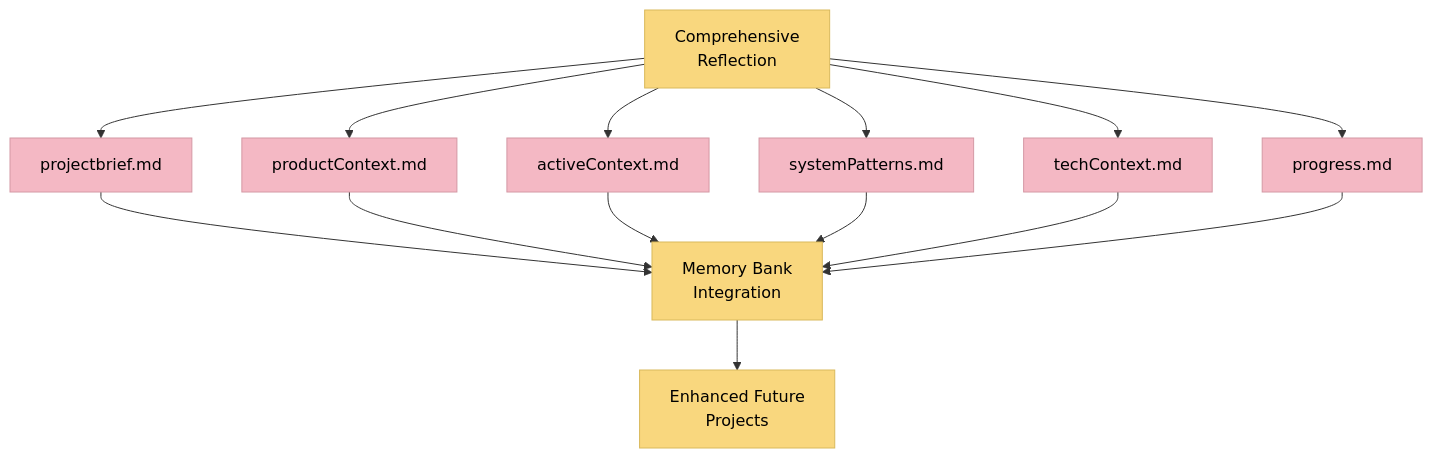
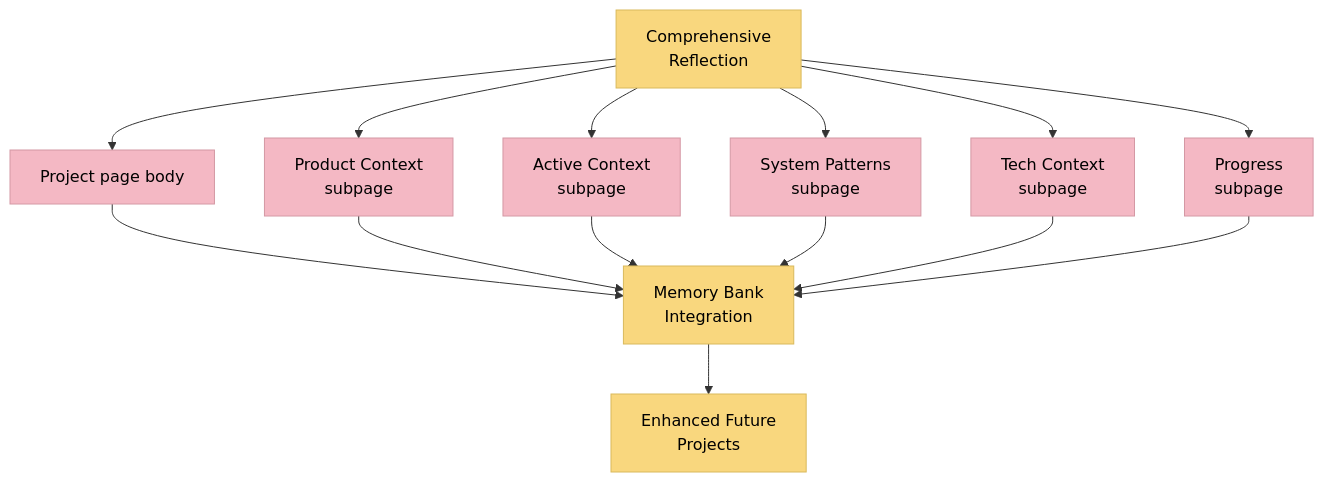
One commit to xianzhu21/cursor-memory-notion changed the eighth of 8 diagrams in .cursor/rules/isolation_rules/Level4/reflection-comprehensive.mdc. Above: the diagram before and after it, drawn with Mermaid. The commit also changed other lines of this file and 37 other files, not shown here.

````diff
--- a/.cursor/rules/isolation_rules/Level4/reflection-comprehensive.mdc
+++ b/.cursor/rules/isolation_rules/Level4/reflection-comprehensive.mdc
@@ -574,18 +574,18 @@
 ```mermaid
 flowchart TD
     classDef memfile fill:#f4b8c4,stroke:#d498a4,color:#000
     classDef process fill:#f9d77e,stroke:#d9b95c,color:#000
     
-    Reflection[Comprehensive<br>Reflection] --> PB[projectbrief.md]
-    Reflection --> PC[productContext.md]
-    Reflection --> AC[activeContext.md]
-    Reflection --> SP[systemPatterns.md]
-    Reflection --> TC[techContext.md]
-    Reflection --> P[progress.md]
+    Reflection[Comprehensive<br>Reflection] --> PB["Project page body"]
+    Reflection --> PC["Product Context<br>subpage"]
+    Reflection --> AC["Active Context<br>subpage"]
+    Reflection --> SP["System Patterns<br>subpage"]
+    Reflection --> TC["Tech Context<br>subpage"]
+    Reflection --> P["Progress<br>subpage"]
     
     PB & PC & AC & SP & TC & P --> MBI[Memory Bank<br>Integration]
     MBI --> Next[Enhanced Future<br>Projects]
     
     class PB,PC,AC,SP,TC,P memfile
     class Reflection,MBI,Next process
 ```
````
